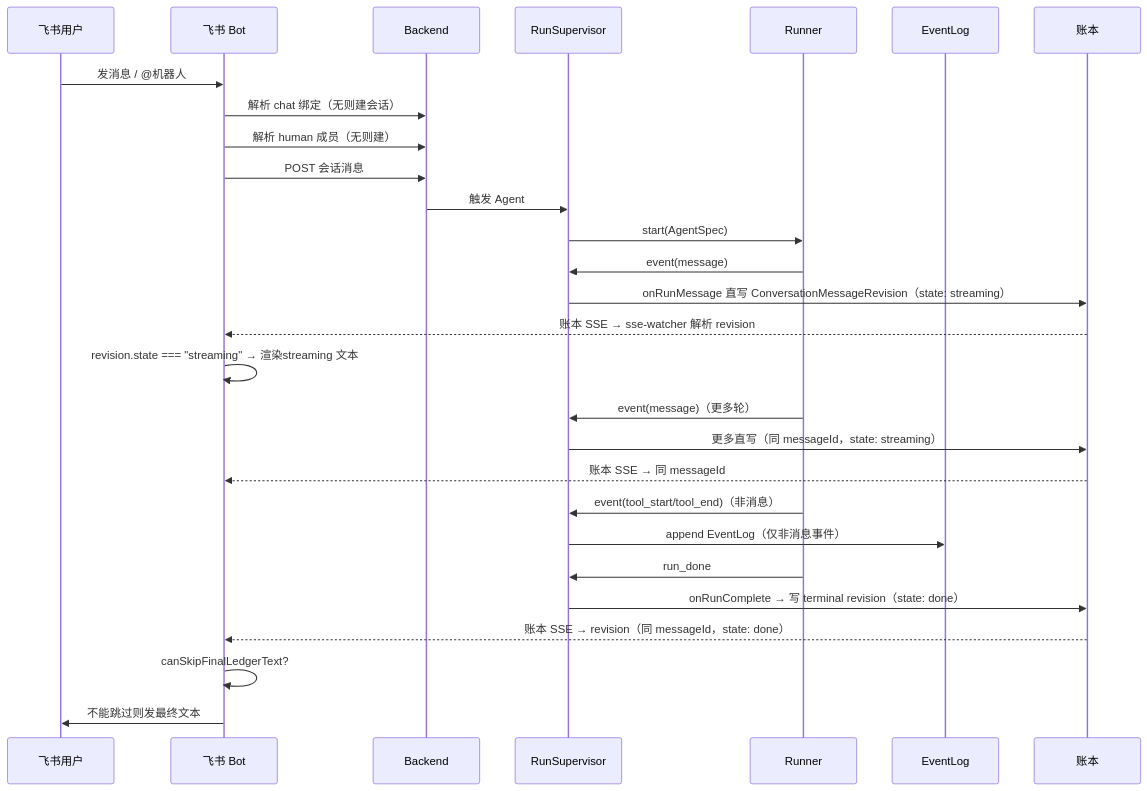
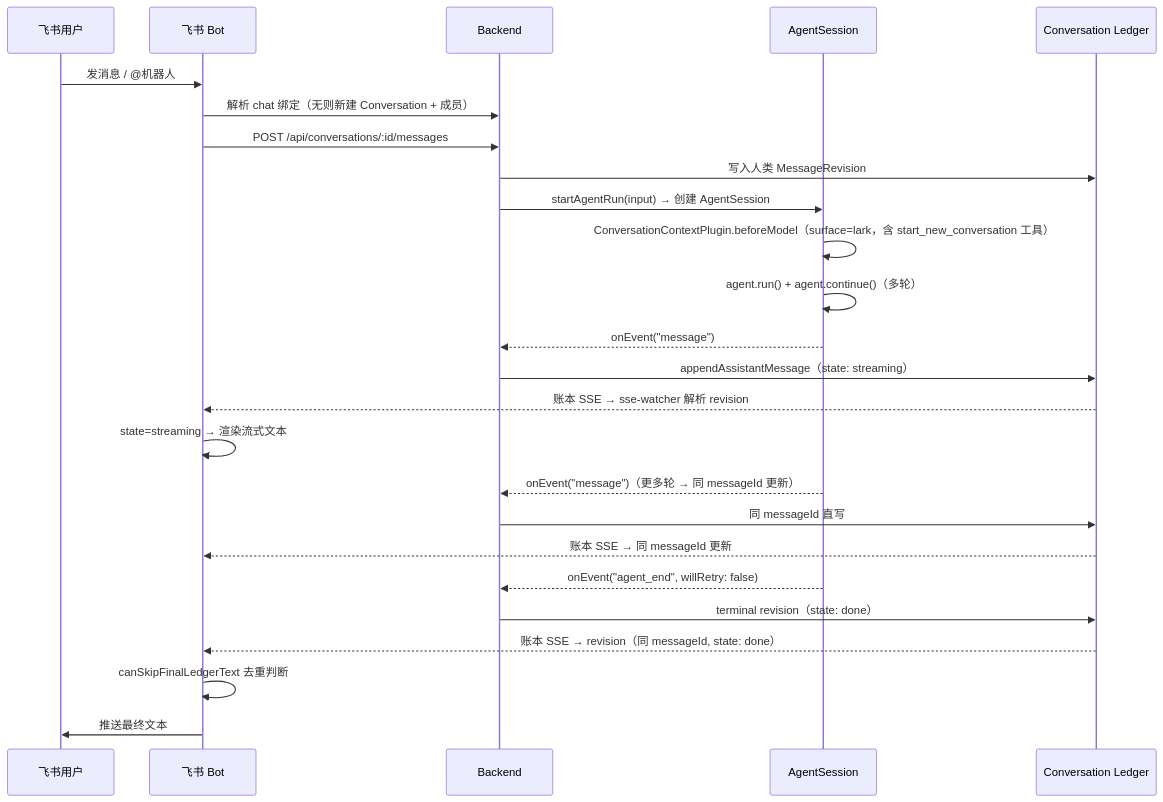
Before and after one commit to Chengchcc/my-agent-team: the diagram in docs/architecture/flows/e2e-lark-message.md, drawn with Mermaid. The commit also changed other lines of this file and 41 other files, not shown here.

````diff
--- a/docs/architecture/flows/e2e-lark-message.md
+++ b/docs/architecture/flows/e2e-lark-message.md
@@ -20,31 +20,28 @@
 ```mermaid
 sequenceDiagram
   participant U as 飞书用户
   participant Bot as 飞书 Bot
   participant B as Backend
-  participant S as RunSupervisor
-  participant D as Runner
-  participant E as EventLog
-  participant L as 账本
+  participant AS as AgentSession
+  participant L as Conversation Ledger
 
   U->>Bot: 发消息 / @机器人
-  Bot->>B: 解析 chat 绑定（无则建会话）
-  Bot->>B: 解析 human 成员（无则建）
-  Bot->>B: POST 会话消息
-  B->>S: 触发 Agent
-  S->>D: start(AgentSpec)
-  D->>S: event(message)
-  S->>L: onRunMessage 直写 ConversationMessageRevision（state: streaming）
+  Bot->>B: 解析 chat 绑定（无则新建 Conversation + 成员）
+  Bot->>B: POST /api/conversations/:id/messages
+  B->>L: 写入人类 MessageRevision
+  B->>AS: startAgentRun(input) → 创建 AgentSession
+  AS->>AS: ConversationContextPlugin.beforeModel（surface=lark，含 start_new_conversation 工具）
+  AS->>AS: agent.run() + agent.continue()（多轮）
+  AS-->>B: onEvent("message")
+  B->>L: appendAssistantMessage（state: streaming）
   L-->>Bot: 账本 SSE → sse-watcher 解析 revision
-  Bot->>Bot: revision.state === "streaming" → 渲染streaming 文本
-  D->>S: event(message)（更多轮）
-  S->>L: 更多直写（同 messageId，state: streaming）
-  L-->>Bot: 账本 SSE → 同 messageId
-  D->>S: event(tool_start/tool_end)（非消息）
-  S->>E: append EventLog（仅非消息事件）
-  D->>S: run_done
-  S->>L: onRunComplete → 写 terminal revision（state: done）
-  L-->>Bot: 账本 SSE → revision（同 messageId，state: done）
-  Bot->>Bot: canSkipFinalLedgerText?
-  Bot->>U: 不能跳过则发最终文本
+  Bot->>Bot: state=streaming → 渲染流式文本
+  AS-->>B: onEvent("message")（更多轮 → 同 messageId 更新）
+  B->>L: 同 messageId 直写
+  L-->>Bot: 账本 SSE → 同 messageId 更新
+  AS-->>B: onEvent("agent_end", willRetry: false)
+  B->>L: terminal revision（state: done）
+  L-->>Bot: 账本 SSE → revision（同 messageId, state: done）
+  Bot->>Bot: canSkipFinalLedgerText 去重判断
+  Bot->>U: 推送最终文本
 ```
````
